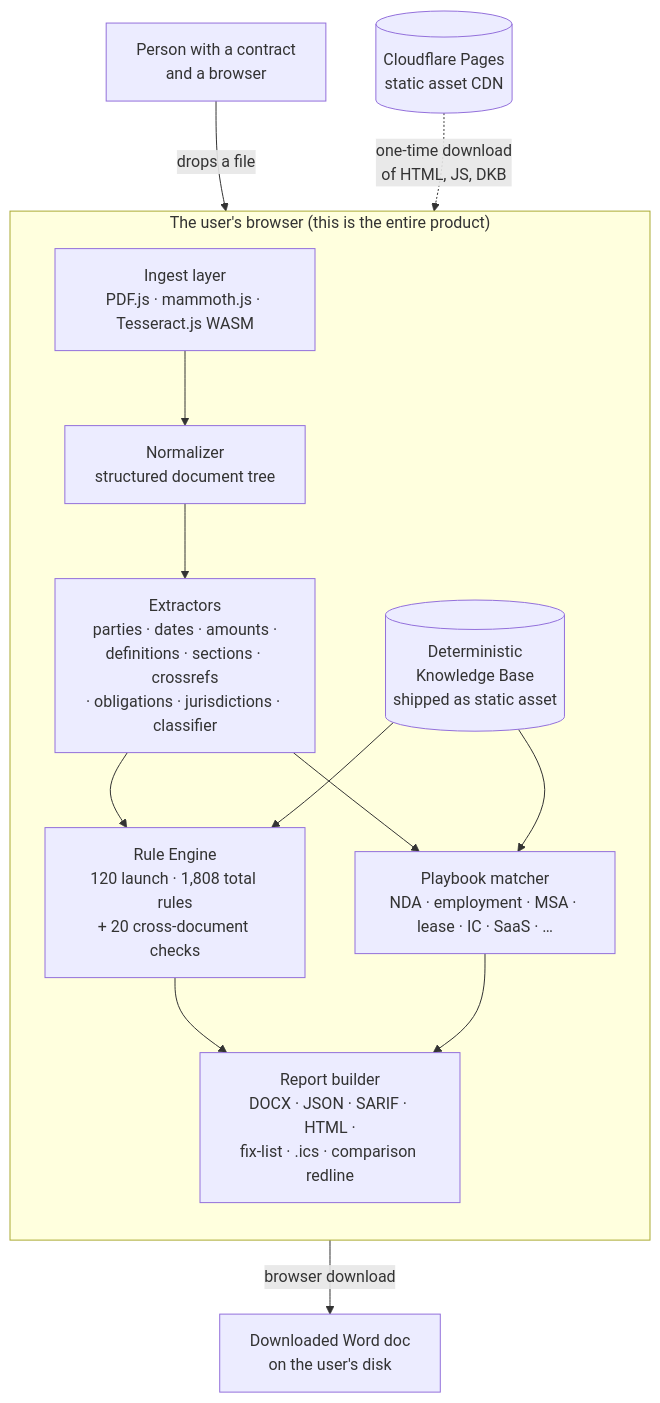
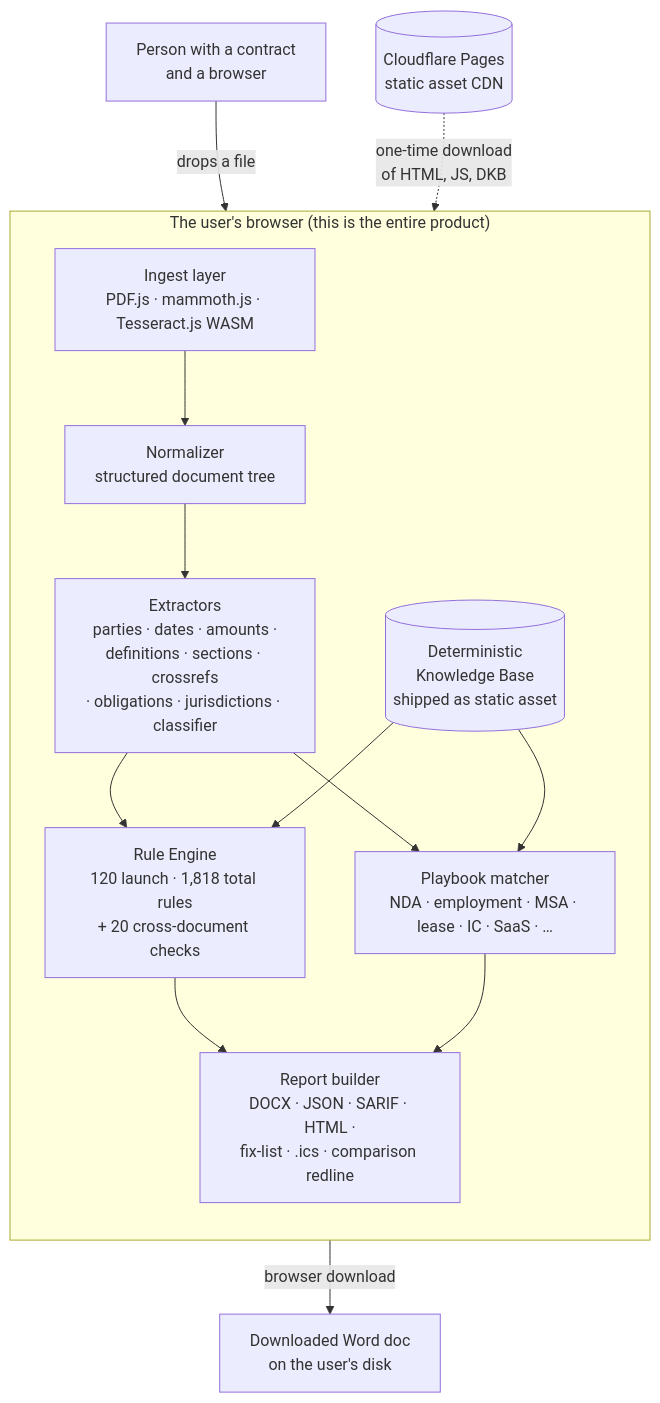
One commit to clay-good/vaulytica changed the diagram in docs/architecture.md. Above: the diagram before and after it, drawn with Mermaid. The commit also changed 380 other files, not shown here.

````diff
--- a/docs/architecture.md
+++ b/docs/architecture.md
@@ -5,28 +5,28 @@
 ```mermaid
 flowchart TB
     user[Person with a contract<br/>and a browser]
 
     subgraph browser["The user's browser (this is the entire product)"]
         direction TB
         ingest[Ingest layer<br/>PDF.js · mammoth.js · Tesseract.js WASM]
         normalize[Normalizer<br/>structured document tree]
         extract[Extractors<br/>parties · dates · amounts ·<br/>definitions · sections · crossrefs<br/>· obligations · jurisdictions · classifier]
-        engine[Rule Engine<br/>120 launch · 1,808 total rules<br/>+ 20 cross-document checks]
+        engine[Rule Engine<br/>120 launch · 1,818 total rules<br/>+ 20 cross-document checks]
         playbook[Playbook matcher<br/>NDA · employment · MSA · lease · IC · SaaS · …]
         dkb[(Deterministic<br/>Knowledge Base<br/>shipped as static asset)]
         report[Report builder<br/>DOCX · JSON · SARIF · HTML ·<br/>fix-list · .ics · comparison redline]
     end
 
     cdn[(Cloudflare Pages<br/>static asset CDN)]
     download[Downloaded Word doc<br/>on the user's disk]
 
     user -- "drops a file" --> ingest
     cdn -. "one-time download<br/>of HTML, JS, DKB" .-> browser
     ingest --> normalize --> extract --> engine
     extract --> playbook
     dkb --> engine
     dkb --> playbook
     engine --> report
     playbook --> report
     report -- "browser download" --> download
 ```
````
